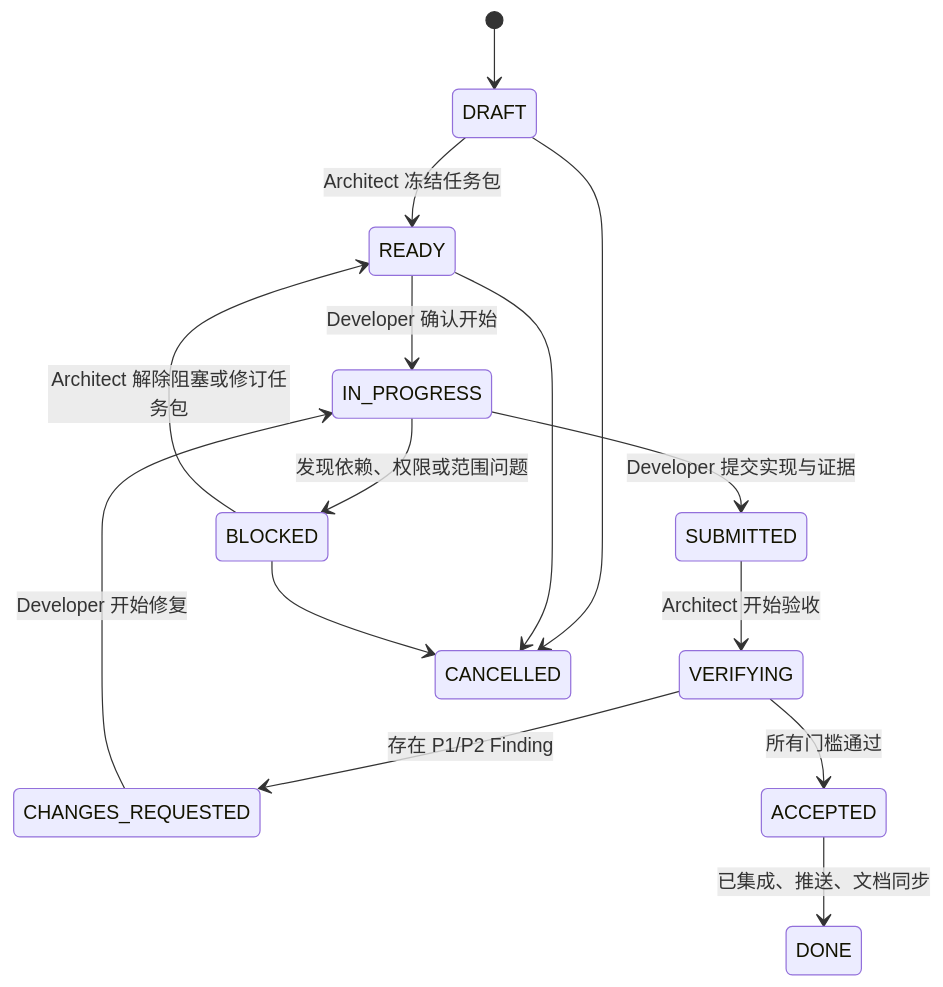
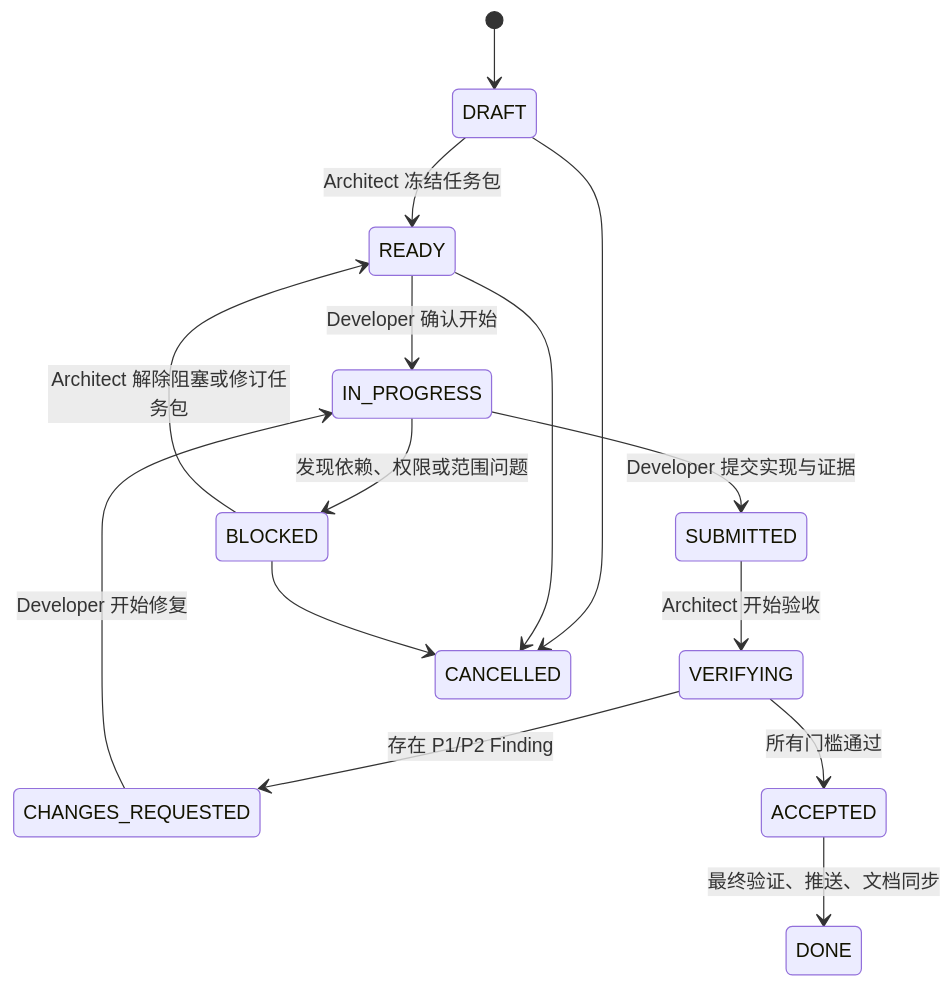
One commit to zishuo-xu/relay-hub changed the diagram in docs/10-delegated-development-workflow.md. Above: the diagram before and after it, drawn with Mermaid. The commit also changed other lines of this file and 3 other files, not shown here.

````diff
--- a/docs/10-delegated-development-workflow.md
+++ b/docs/10-delegated-development-workflow.md
@@ -70,17 +71,17 @@
 ```mermaid
 stateDiagram-v2
     [*] --> DRAFT
     DRAFT --> READY: Architect 冻结任务包
     READY --> IN_PROGRESS: Developer 确认开始
     IN_PROGRESS --> BLOCKED: 发现依赖、权限或范围问题
     BLOCKED --> READY: Architect 解除阻塞或修订任务包
     IN_PROGRESS --> SUBMITTED: Developer 提交实现与证据
     SUBMITTED --> VERIFYING: Architect 开始验收
     VERIFYING --> CHANGES_REQUESTED: 存在 P1/P2 Finding
     CHANGES_REQUESTED --> IN_PROGRESS: Developer 开始修复
     VERIFYING --> ACCEPTED: 所有门槛通过
-    ACCEPTED --> DONE: 已集成、推送、文档同步
+    ACCEPTED --> DONE: 最终验证、推送、文档同步
     DRAFT --> CANCELLED
     READY --> CANCELLED
     BLOCKED --> CANCELLED
 ```
````
